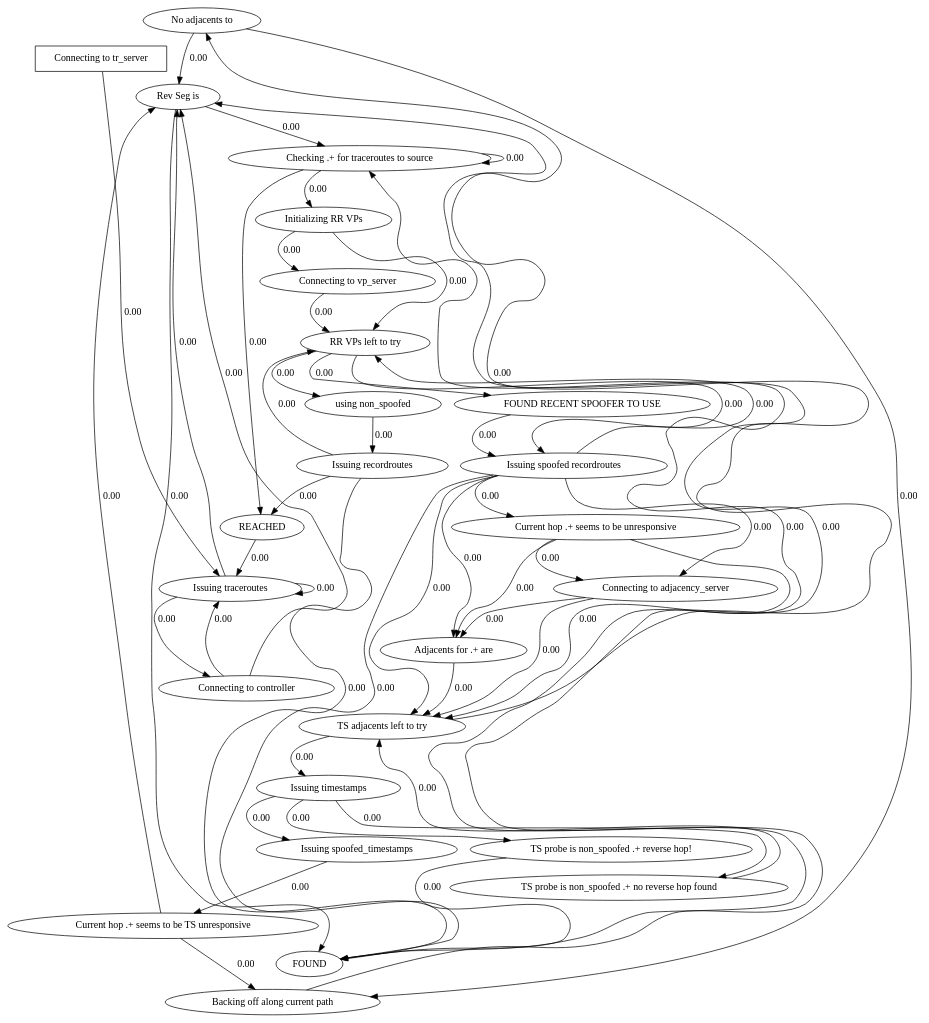
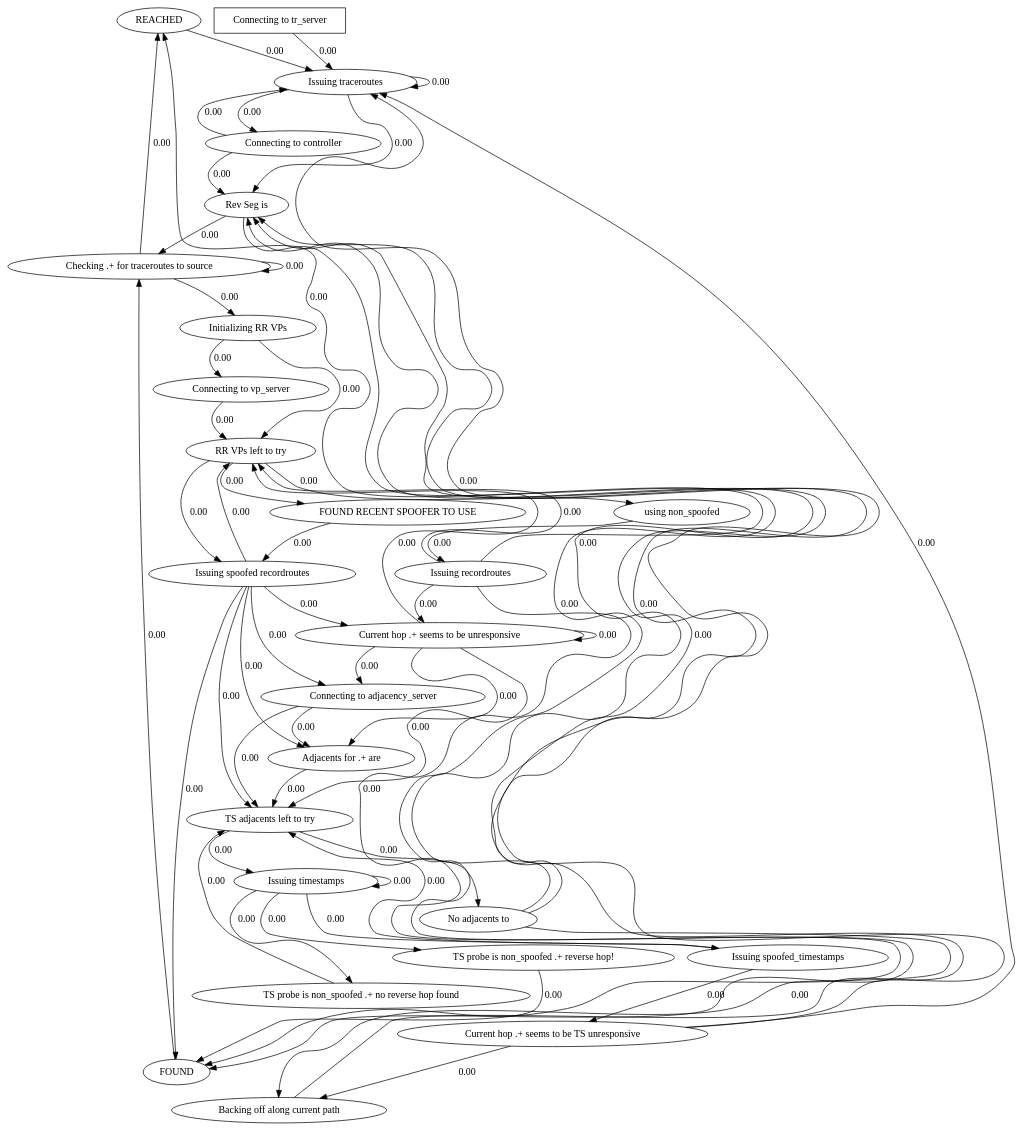
Before and after one commit to ModelInference/synoptic: the diagram in output/reverseTraceroute/input.dot, drawn with Graphviz. The commit also changed 10 other files, not shown here.

```diff
--- a/output/reverseTraceroute/input.dot
+++ b/output/reverseTraceroute/input.dot
@@ -1,76 +1,83 @@
 digraph {
-  3880791 [label="No adjacents to"];
-3880791->10623141 [label="0.00", weight="0.00"];
-3880791->14536088 [label="0.00", weight="0.00"];
-  10623141 [label="Rev Seg is"];
-10623141->2314373 [label="0.00", weight="0.00"];
-10623141->81368 [label="0.00", weight="0.00"];
-  5854240 [label="FOUND RECENT SPOOFER TO USE"];
-5854240->31266642 [label="0.00", weight="0.00"];
-  25383887 [label="using non_spoofed"];
-25383887->8082967 [label="0.00", weight="0.00"];
-  411133 [label="Current hop .+ seems to be unresponsive"];
-411133->15956578 [label="0.00", weight="0.00"];
-411133->9171948 [label="0.00", weight="0.00"];
-411133->15587806 [label="0.00", weight="0.00"];
-  24815969 [label="Connecting to tr_server",shape=box];
-24815969->22089110 [label="0.00", weight="0.00"];
-  14536088 [label="Backing off along current path"];
-14536088->10623141 [label="0.00", weight="0.00"];
-  15587806 [label="TS adjacents left to try"];
-15587806->3880791 [label="0.00", weight="0.00"];
-15587806->11373492 [label="0.00", weight="0.00"];
-  31768270 [label="Issuing spoofed_timestamps"];
-31768270->4435274 [label="0.00", weight="0.00"];
-  9171948 [label="Connecting to adjacency_server"];
-9171948->15956578 [label="0.00", weight="0.00"];
-9171948->15587806 [label="0.00", weight="0.00"];
-  19256680 [label="TS probe is non_spoofed .+ reverse hop!"];
-19256680->81368 [label="0.00", weight="0.00"];
-  8082967 [label="Issuing recordroutes"];
-8082967->28243864 [label="0.00", weight="0.00"];
-8082967->12116 [label="0.00", weight="0.00"];
-8082967->81368 [label="0.00", weight="0.00"];
-  11202659 [label="TS probe is non_spoofed .+ no reverse hop found"];
-11202659->15587806 [label="0.00", weight="0.00"];
-  28243864 [label="RR VPs left to try"];
-28243864->31266642 [label="0.00", weight="0.00"];
-28243864->25383887 [label="0.00", weight="0.00"];
-28243864->5854240 [label="0.00", weight="0.00"];
-  31266642 [label="Issuing spoofed recordroutes"];
-31266642->28243864 [label="0.00", weight="0.00"];
-31266642->81368 [label="0.00", weight="0.00"];
-31266642->411133 [label="0.00", weight="0.00"];
-31266642->9171948 [label="0.00", weight="0.00"];
-31266642->15587806 [label="0.00", weight="0.00"];
-31266642->15956578 [label="0.00", weight="0.00"];
-  15956578 [label="Adjacents for .+ are"];
-15956578->15587806 [label="0.00", weight="0.00"];
-  22089110 [label="Issuing traceroutes"];
-22089110->10623141 [label="0.00", weight="0.00"];
-22089110->22089110 [label="0.00", weight="0.00"];
-22089110->14085672 [label="0.00", weight="0.00"];
-  81368 [label="FOUND"];
-81368->2314373 [label="0.00", weight="0.00"];
-  5439183 [label="Initializing RR VPs"];
-5439183->28243864 [label="0.00", weight="0.00"];
-5439183->15199945 [label="0.00", weight="0.00"];
-  4435274 [label="Current hop .+ seems to be TS unresponsive"];
-4435274->10623141 [label="0.00", weight="0.00"];
-4435274->14536088 [label="0.00", weight="0.00"];
-  11373492 [label="Issuing timestamps"];
-11373492->31768270 [label="0.00", weight="0.00"];
-11373492->11202659 [label="0.00", weight="0.00"];
-11373492->19256680 [label="0.00", weight="0.00"];
-  15199945 [label="Connecting to vp_server"];
-15199945->28243864 [label="0.00", weight="0.00"];
-  14085672 [label="Connecting to controller"];
-14085672->10623141 [label="0.00", weight="0.00"];
-14085672->22089110 [label="0.00", weight="0.00"];
-  2314373 [label="Checking .+ for traceroutes to source"];
-2314373->5439183 [label="0.00", weight="0.00"];
-2314373->2314373 [label="0.00", weight="0.00"];
-2314373->12116 [label="0.00", weight="0.00"];
-  12116 [label="REACHED"];
-12116->22089110 [label="0.00", weight="0.00"];
+  869512973 [label="REACHED"];
+869512973->1115085362 [label="0.00", weight="0.00"];
+  491720628 [label="Connecting to vp_server"];
+491720628->278319376 [label="0.00", weight="0.00"];
+  149891765 [label="Checking .+ for traceroutes to source"];
+149891765->149891765 [label="0.00", weight="0.00"];
+149891765->1198589960 [label="0.00", weight="0.00"];
+149891765->869512973 [label="0.00", weight="0.00"];
+  1944615136 [label="Connecting to controller"];
+1944615136->1936345914 [label="0.00", weight="0.00"];
+1944615136->1115085362 [label="0.00", weight="0.00"];
+  1932410483 [label="Current hop .+ seems to be TS unresponsive"];
+1932410483->1115085362 [label="0.00", weight="0.00"];
+1932410483->1936345914 [label="0.00", weight="0.00"];
+1932410483->2143963240 [label="0.00", weight="0.00"];
+  278319376 [label="RR VPs left to try"];
+278319376->1623409844 [label="0.00", weight="0.00"];
+278319376->232576424 [label="0.00", weight="0.00"];
+278319376->592967059 [label="0.00", weight="0.00"];
+  1304848860 [label="No adjacents to"];
+1304848860->1936345914 [label="0.00", weight="0.00"];
+1304848860->1115085362 [label="0.00", weight="0.00"];
+1304848860->2143963240 [label="0.00", weight="0.00"];
+  1673238533 [label="Adjacents for .+ are"];
+1673238533->831521140 [label="0.00", weight="0.00"];
+  250023419 [label="Current hop .+ seems to be unresponsive"];
+250023419->831521140 [label="0.00", weight="0.00"];
+250023419->278319376 [label="0.00", weight="0.00"];
+250023419->1431805252 [label="0.00", weight="0.00"];
+250023419->250023419 [label="0.00", weight="0.00"];
+250023419->1673238533 [label="0.00", weight="0.00"];
+  491786856 [label="TS probe is non_spoofed .+ no reverse hop found"];
+491786856->831521140 [label="0.00", weight="0.00"];
+  1115085362 [label="Issuing traceroutes"];
+1115085362->1936345914 [label="0.00", weight="0.00"];
+1115085362->1115085362 [label="0.00", weight="0.00"];
+1115085362->1944615136 [label="0.00", weight="0.00"];
+  1796605729 [label="TS probe is non_spoofed .+ reverse hop!"];
+1796605729->1665589601 [label="0.00", weight="0.00"];
+  821666666 [label="Issuing timestamps"];
+821666666->1699708951 [label="0.00", weight="0.00"];
+821666666->491786856 [label="0.00", weight="0.00"];
+821666666->1796605729 [label="0.00", weight="0.00"];
+821666666->821666666 [label="0.00", weight="0.00"];
+  232576424 [label="using non_spoofed"];
+232576424->494369266 [label="0.00", weight="0.00"];
+  1431805252 [label="Connecting to adjacency_server"];
+1431805252->1673238533 [label="0.00", weight="0.00"];
+1431805252->831521140 [label="0.00", weight="0.00"];
+  2143963240 [label="Backing off along current path"];
+2143963240->1936345914 [label="0.00", weight="0.00"];
+  831521140 [label="TS adjacents left to try"];
+831521140->821666666 [label="0.00", weight="0.00"];
+831521140->1304848860 [label="0.00", weight="0.00"];
+  1665589601 [label="FOUND"];
+1665589601->149891765 [label="0.00", weight="0.00"];
+  1198589960 [label="Initializing RR VPs"];
+1198589960->491720628 [label="0.00", weight="0.00"];
+1198589960->278319376 [label="0.00", weight="0.00"];
+  592967059 [label="FOUND RECENT SPOOFER TO USE"];
+592967059->1623409844 [label="0.00", weight="0.00"];
+  1180867063 [label="Connecting to tr_server",shape=box];
+1180867063->1115085362 [label="0.00", weight="0.00"];
+  1699708951 [label="Issuing spoofed_timestamps"];
+1699708951->1932410483 [label="0.00", weight="0.00"];
+1699708951->831521140 [label="0.00", weight="0.00"];
+  1936345914 [label="Rev Seg is"];
+1936345914->149891765 [label="0.00", weight="0.00"];
+1936345914->1665589601 [label="0.00", weight="0.00"];
+  494369266 [label="Issuing recordroutes"];
+494369266->250023419 [label="0.00", weight="0.00"];
+494369266->278319376 [label="0.00", weight="0.00"];
+494369266->1665589601 [label="0.00", weight="0.00"];
+494369266->869512973 [label="0.00", weight="0.00"];
+  1623409844 [label="Issuing spoofed recordroutes"];
+1623409844->250023419 [label="0.00", weight="0.00"];
+1623409844->1665589601 [label="0.00", weight="0.00"];
+1623409844->831521140 [label="0.00", weight="0.00"];
+1623409844->278319376 [label="0.00", weight="0.00"];
+1623409844->1673238533 [label="0.00", weight="0.00"];
+1623409844->1431805252 [label="0.00", weight="0.00"];
 } // digraph
```
